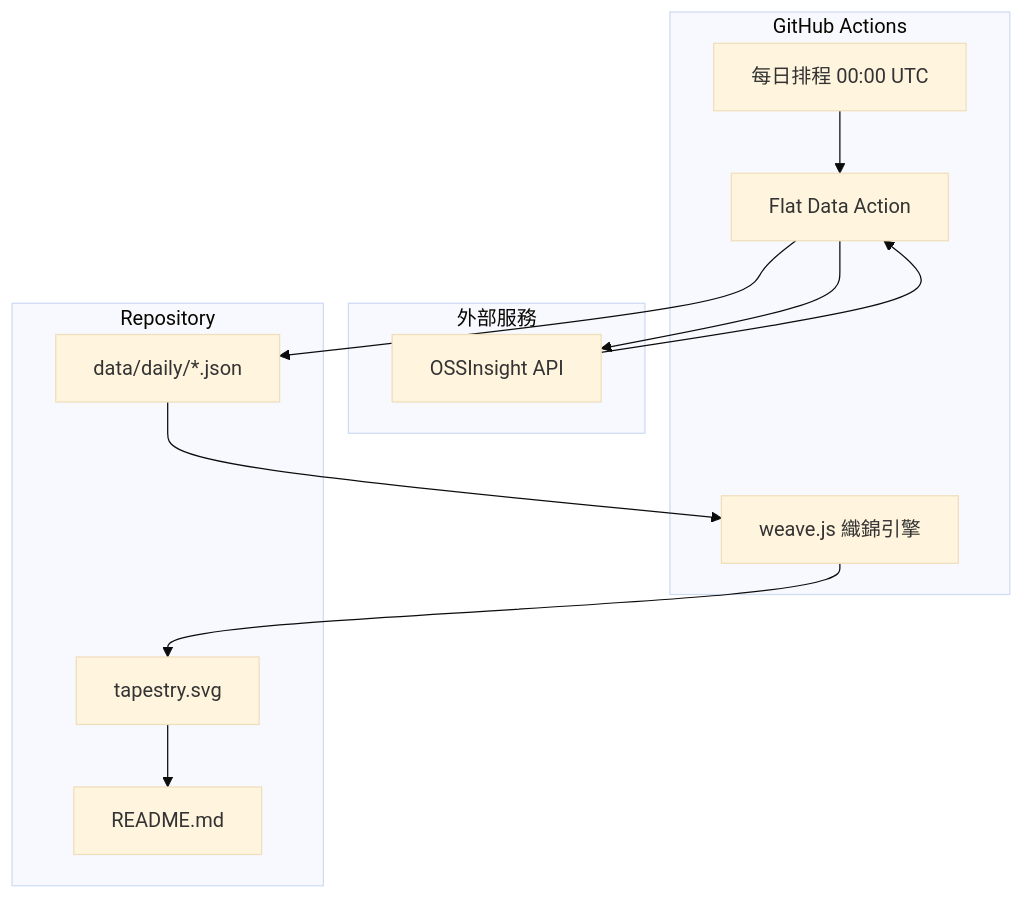
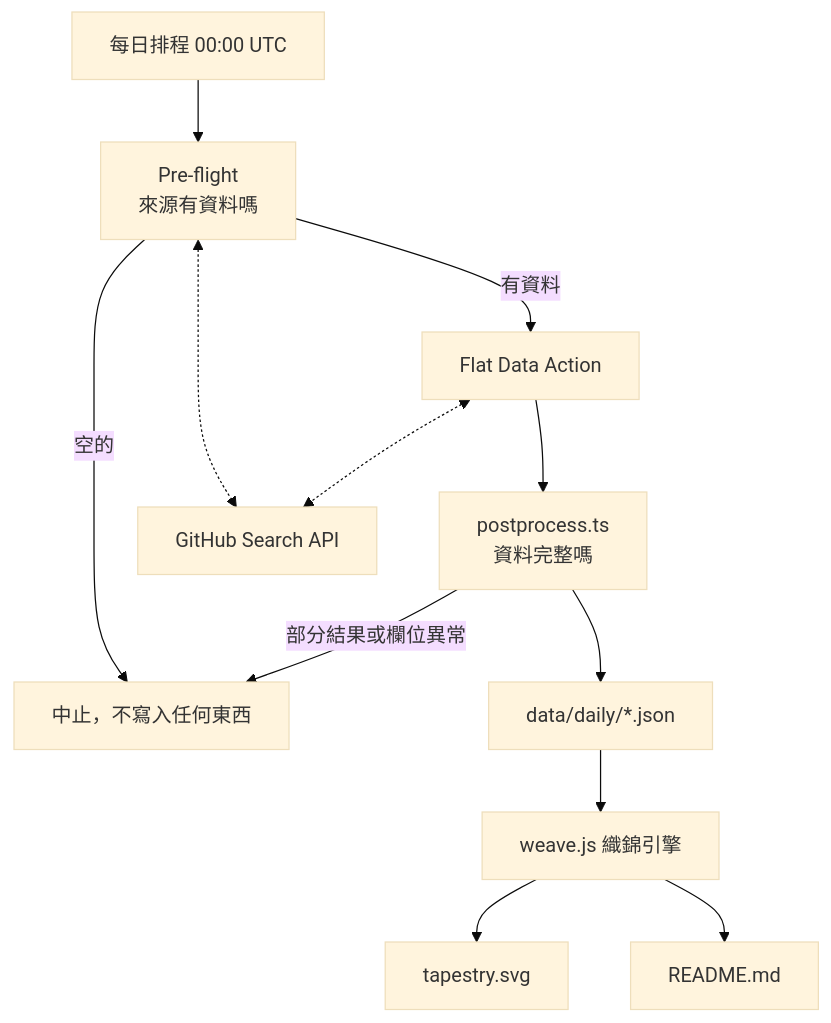
Before and after one commit to tznthou/day-25-data-tapestry: the diagram in README.md, drawn with Mermaid (base theme). The commit also changed other lines of this file and 1 other file, not shown here.

````diff
--- a/README.md
+++ b/README.md
@@ -56,26 +75,21 @@
 ```mermaid
 flowchart TB
-    subgraph GitHub["GitHub Actions"]
-        Cron["每日排程 00:00 UTC"]
-        Flat["Flat Data Action"]
-        Weave["weave.js 織錦引擎"]
-    end
+    Cron["每日排程 00:00 UTC"] --> Pre
 
-    subgraph External["外部服務"]
-        OSS["OSSInsight API"]
-    end
+    Pre["Pre-flight<br/>來源有資料嗎"]
+    Flat["Flat Data Action"]
+    Post["postprocess.ts<br/>資料完整嗎"]
+    Search["GitHub Search API"]
+    Stop["中止，不寫入任何東西"]
 
-    subgraph Repo["Repository"]
-        Data["data/daily/*.json"]
-        SVG["tapestry.svg"]
-        README["README.md"]
-    end
-
-    Cron --> Flat
-    Flat --> OSS
-    OSS --> Flat
-    Flat --> Data
-    Data --> Weave
-    Weave --> SVG
-    SVG --> README
+    Pre <-.-> Search
+    Pre -->|空的| Stop
+    Pre -->|有資料| Flat
+    Flat <-.-> Search
+    Flat --> Post
+    Post -->|部分結果或欄位異常| Stop
+    Post --> Data["data/daily/*.json"]
+    Data --> Weave["weave.js 織錦引擎"]
+    Weave --> SVG["tapestry.svg"]
+    Weave --> README["README.md"]
 ```
````
